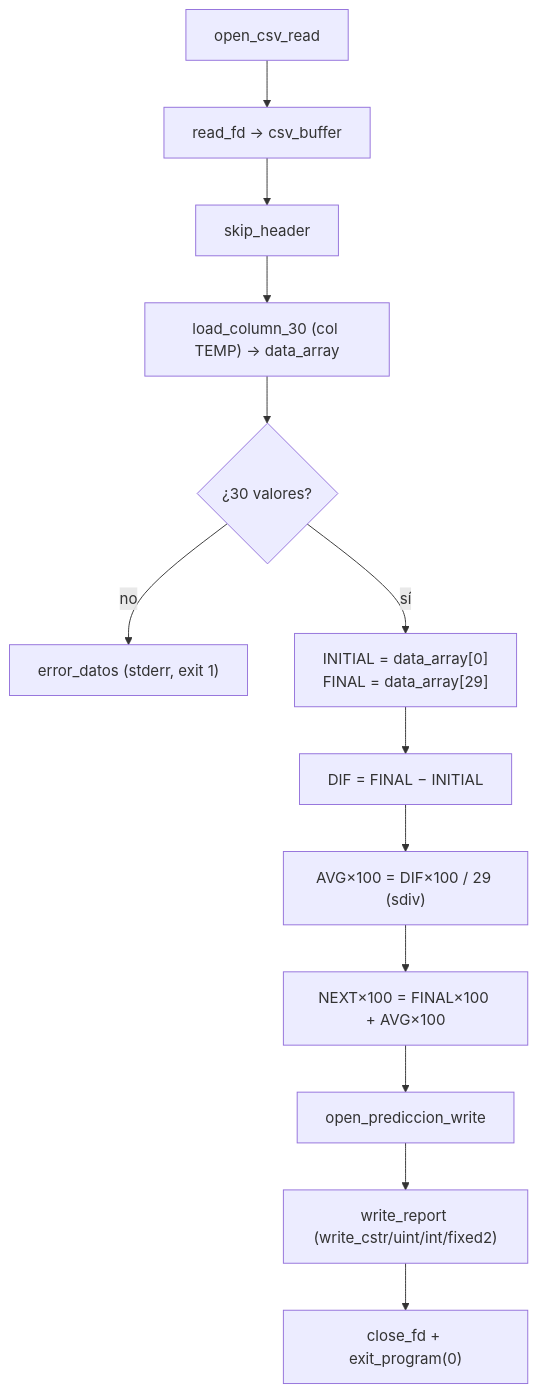
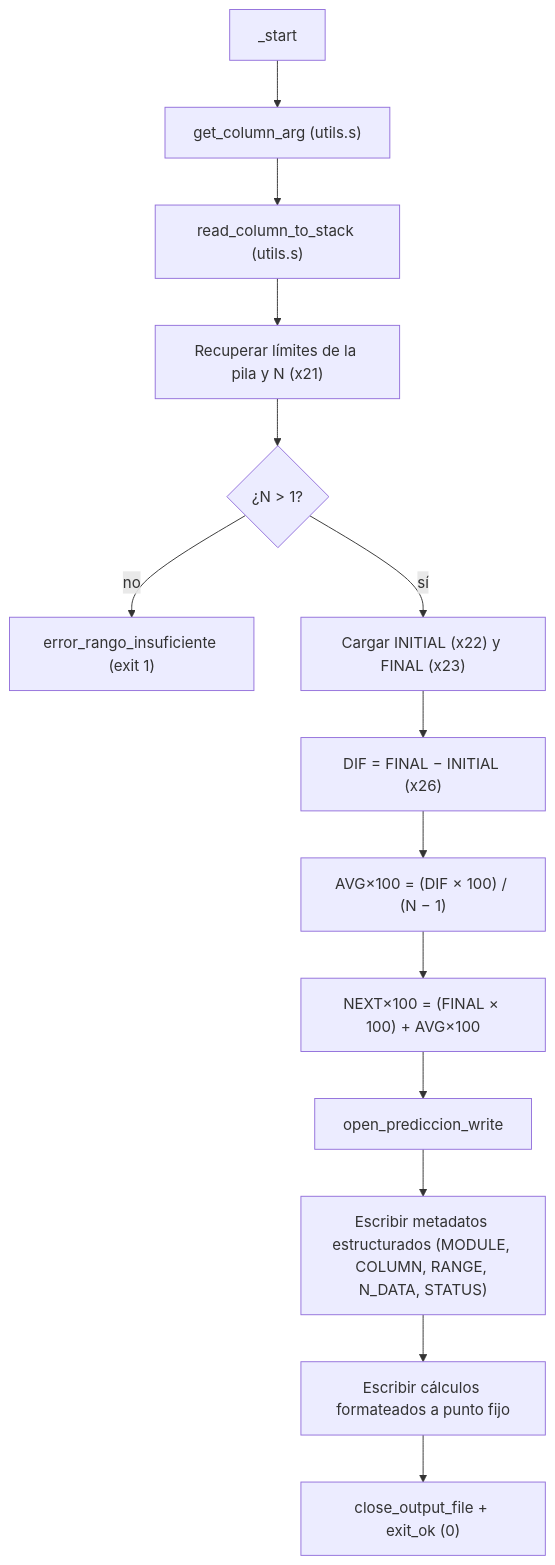
Before and after one commit to ricardious/ARQUI1V1S_G15: the diagram in Proyecto 2/docs/integrantes/oswaldo_prediccion.md, drawn with Mermaid. The commit also changed other lines of this file and 1 other file, not shown here.

````diff
--- a/Proyecto 2/docs/integrantes/oswaldo_prediccion.md
+++ b/Proyecto 2/docs/integrantes/oswaldo_prediccion.md
@@ -41,15 +41,16 @@
 ```mermaid
 flowchart TD
-    A["open_csv_read"] --> B["read_fd → csv_buffer"]
-    B --> C["skip_header"]
-    C --> D["load_column_30 (col TEMP) → data_array"]
-    D --> E{"¿30 valores?"}
-    E -->|no| ERR["error_datos (stderr, exit 1)"]
-    E -->|sí| F["INITIAL = data_array[0]<br/>FINAL = data_array[29]"]
-    F --> G["DIF = FINAL − INITIAL"]
-    G --> H["AVG×100 = DIF×100 / 29 (sdiv)"]
-    H --> I["NEXT×100 = FINAL×100 + AVG×100"]
+    A["_start"] --> B["get_column_arg (utils.s)"]
+    B --> C["read_column_to_stack (utils.s)"]
+    C --> D["Recuperar límites de la pila y N (x21)"]
+    D --> E{"¿N > 1?"}
+    E -->|no| ERR["error_rango_insuficiente (exit 1)"]
+    E -->|sí| F["Cargar INITIAL (x22) y FINAL (x23)"]
+    F --> G["DIF = FINAL − INITIAL (x26)"]
+    G --> H["AVG×100 = (DIF × 100) / (N − 1)"]
+    H --> I["NEXT×100 = (FINAL × 100) + AVG×100"]
     I --> J["open_prediccion_write"]
-    J --> K["write_report (write_cstr/uint/int/fixed2)"]
-    K --> L["close_fd + exit_program(0)"]
+    J --> K["Escribir metadatos estructurados (MODULE, COLUMN, RANGE, N_DATA, STATUS)"]
+    K --> L["Escribir cálculos formateados a punto fijo"]
+    L --> M["close_output_file + exit_ok (0)"]
 ```
````
